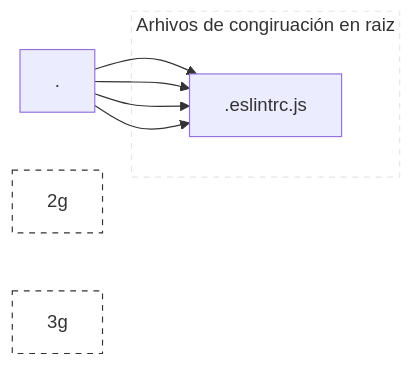
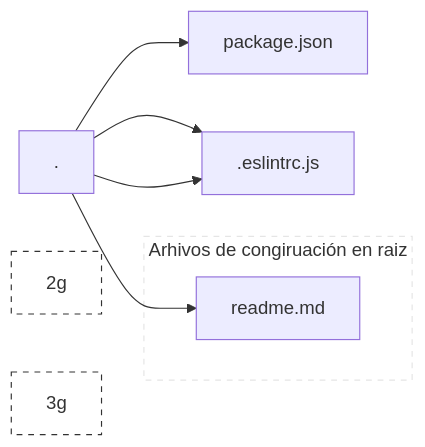
One commit to manuel1488/LaunchX_BackEnd_CodeChallenge-VisualThinking changed the diagram in readme.md. Above: the diagram before and after it, drawn with Mermaid.

Commit message:
cambio en readme.md para cambiar grafico, correcion 1

````diff
--- a/readme.md
+++ b/readme.md
@@ -21,16 +21,16 @@
 ```mermaid
 graph LR
     root[.] --> 1[readme.md]
-    root[.] --> 1[package.json]
-    root[.] --> 1[.gitignore]
-    root[.] --> 1[.eslintrc.js]
+    root[.] --> 2[package.json]
+    root[.] --> 3[.gitignore]
+    root[.] --> 3[.eslintrc.js]
     subgraph 1g[Arhivos de congiruación en raiz]
         1        
     end
 
 
 
 style 1g fill:transparent,stroke:#E5E5E5,stroke-width:1px,stroke-dasharray:5;
 style 2g fill:transparent,stroke:#323232,stroke-width:1px,stroke-dasharray:5;
 style 3g fill:transparent,stroke:#323232,stroke-width:1px,stroke-dasharray:5;
 ```
````
